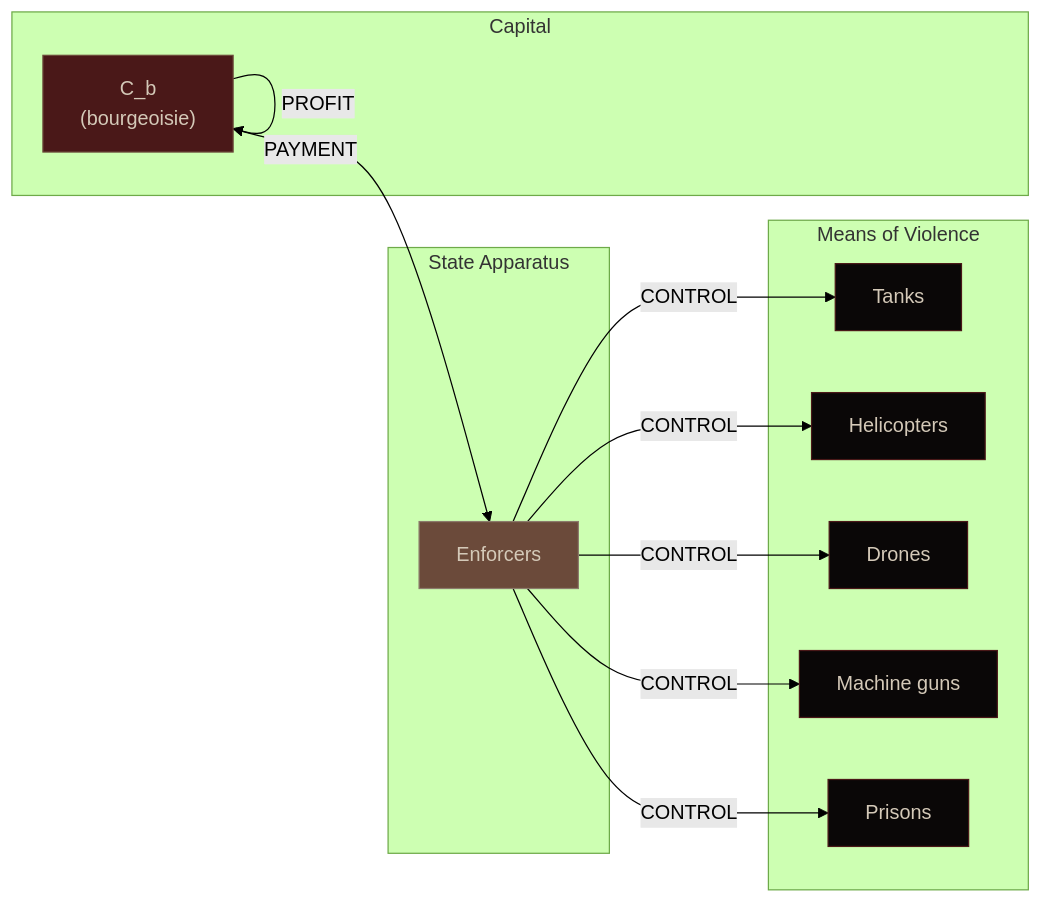
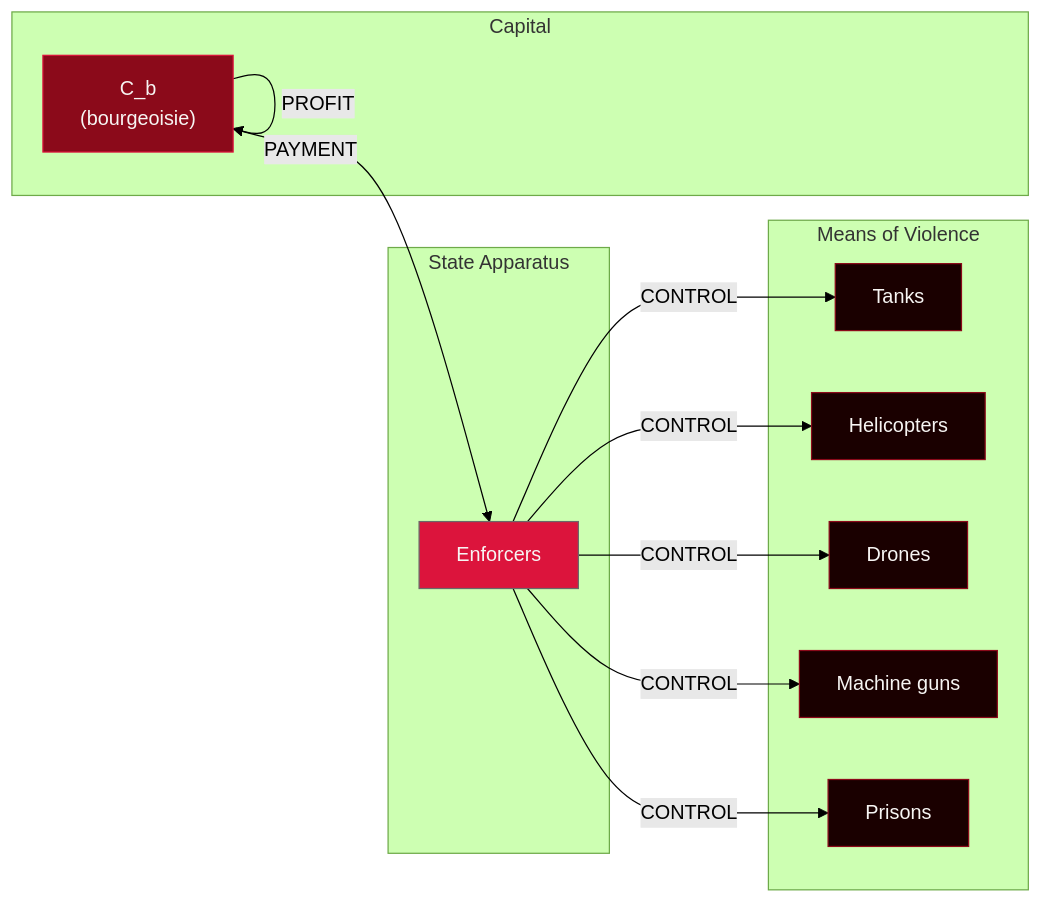
One commit to percy-raskova/babylon changed the diagram in docs/concepts/warlord-trajectory.rst. Above: the diagram before and after it, drawn with Mermaid (forest theme). The commit also changed 7 other files, not shown here.

First line of the commit message:
style(docs): replace Necropolis Codex theme with Luxe Gothic palette

```diff
--- a/docs/concepts/warlord-trajectory.rst
+++ b/docs/concepts/warlord-trajectory.rst
@@ -27,31 +27,31 @@
 .. mermaid::
 
    flowchart LR
        subgraph capital["Capital"]
            C_b["C_b<br/>(bourgeoisie)"]
        end
 
        subgraph repression["State Apparatus"]
            ENF["Enforcers"]
        end
 
        subgraph violence["Means of Violence"]
            TANKS["Tanks"]
            HELI["Helicopters"]
            DRONES["Drones"]
            GUNS["Machine guns"]
            PRISON["Prisons"]
        end
 
        C_b -->|"PAYMENT"| ENF
        ENF -->|"CONTROL"| TANKS & HELI & DRONES & GUNS & PRISON
        C_b -->|"PROFIT"| C_b
 
-   %% Necropolis Codex styling
-   classDef capital fill:#4A1818,stroke:#6B4A3A,color:#D4C9B8
-   classDef state fill:#6B4A3A,stroke:#8B7B6B,color:#D4C9B8
-   classDef violence fill:#0A0707,stroke:#4A1818,color:#D4C9B8
+   %% Luxe Gothic styling
+   classDef capital fill:#8B0A1A,stroke:#DC143C,color:#F7F5F3
+   classDef state fill:#DC143C,stroke:#696969,color:#F7F5F3
+   classDef violence fill:#1A0000,stroke:#8B0A1A,color:#F7F5F3
 
    class C_b capital
    class ENF state
    class TANKS,HELI,DRONES,GUNS,PRISON violence
```
